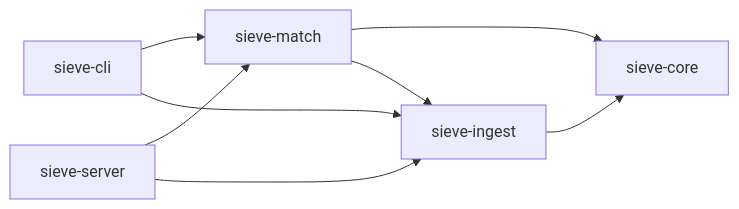
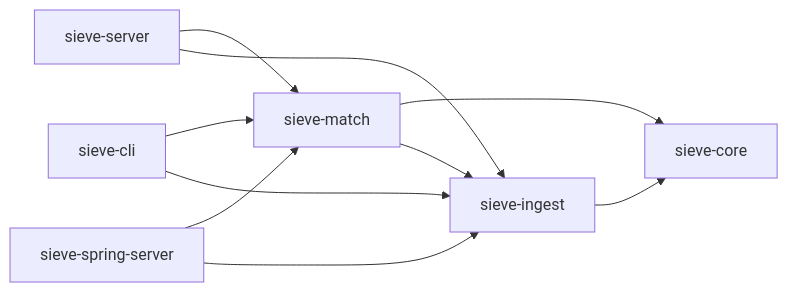
One commit to AbgarSim/sieve-aml changed the diagram in README.md. Above: the diagram before and after it, drawn with Mermaid. The commit also changed other lines of this file and 58 other files, not shown here.

````diff
--- a/README.md
+++ b/README.md
@@ -21,10 +25,12 @@
 ```mermaid
 graph LR
     CLI[sieve-cli] --> MATCH[sieve-match]
-    SERVER[sieve-server] --> MATCH
+    VERTX[sieve-server] --> MATCH
+    SPRING[sieve-spring-server] --> MATCH
     MATCH --> CORE[sieve-core]
     MATCH --> INGEST[sieve-ingest]
-    SERVER --> INGEST
+    VERTX --> INGEST
+    SPRING --> INGEST
     CLI --> INGEST
     INGEST --> CORE
 ```
````
